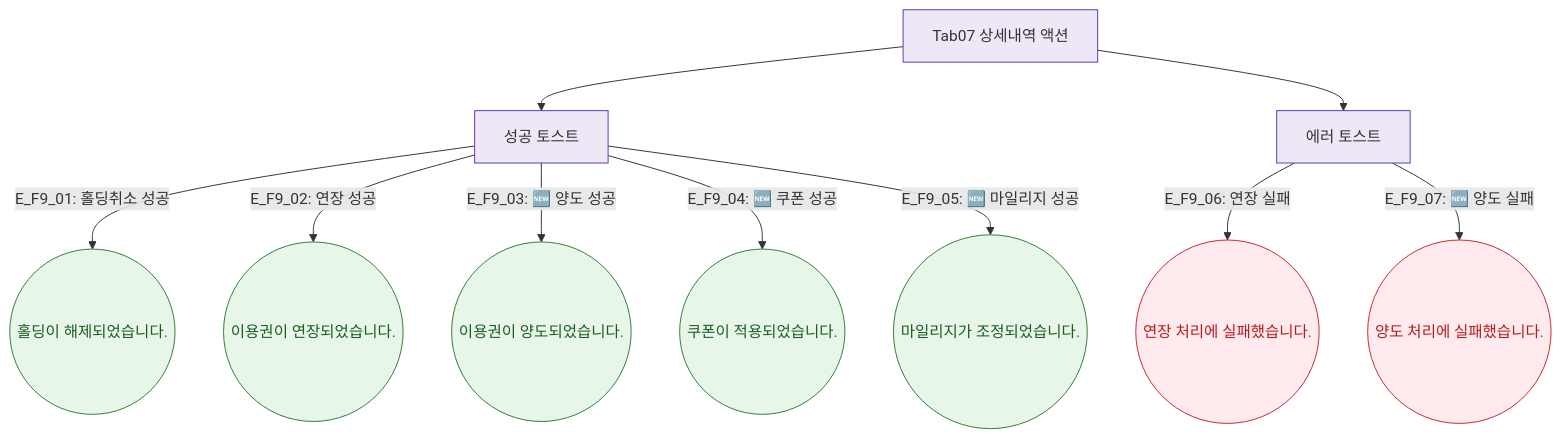
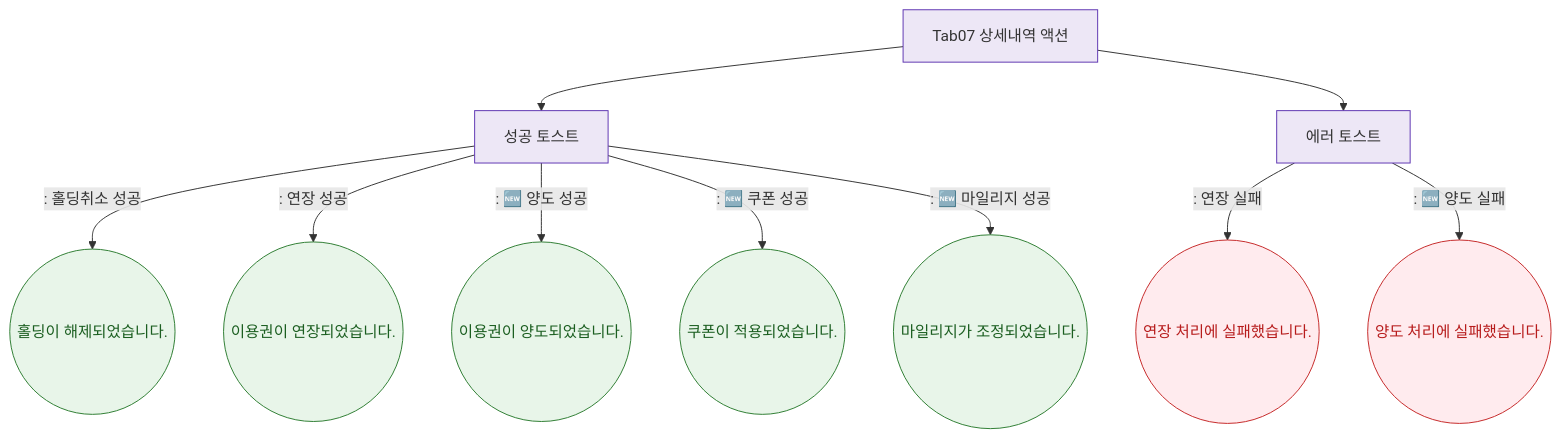
One commit to dev-spogym/admin-pando changed the diagram in docs/다이어그램/D02_회원관리/SCR-M004_회원상세/Tab07_상세내역/F9_토스트.md. Above: the diagram before and after it, drawn with Mermaid. The commit also changed other lines of this file and 1660 other files, not shown here.

First line of the commit message:
다이어그램: 기획자/클라이언트 납품본으로 정리

````diff
--- a/docs/다이어그램/D02_회원관리/SCR-M004_회원상세/Tab07_상세내역/F9_토스트.md
+++ b/docs/다이어그램/D02_회원관리/SCR-M004_회원상세/Tab07_상세내역/F9_토스트.md
@@ -22,21 +20,21 @@
 ```mermaid
 flowchart TD
   ACTIONS[Tab07 상세내역 액션] --> T_OK[성공 토스트]
   ACTIONS --> T_ERR[에러 토스트]
 
-  T_OK -->|"E_F9_01: 홀딩취소 성공"| TS1((홀딩이 해제되었습니다.))
-  T_OK -->|"E_F9_02: 연장 성공"| TS2((이용권이 연장되었습니다.))
-  T_OK -->|"E_F9_03: 🆕 양도 성공"| TS3((이용권이 양도되었습니다.))
-  T_OK -->|"E_F9_04: 🆕 쿠폰 성공"| TS4((쿠폰이 적용되었습니다.))
-  T_OK -->|"E_F9_05: 🆕 마일리지 성공"| TS5((마일리지가 조정되었습니다.))
+  T_OK -->|": 홀딩취소 성공"|TS1((홀딩이 해제되었습니다.))
+  T_OK -->|": 연장 성공"|TS2((이용권이 연장되었습니다.))
+  T_OK -->|": 🆕 양도 성공"|TS3((이용권이 양도되었습니다.))
+  T_OK -->|": 🆕 쿠폰 성공"|TS4((쿠폰이 적용되었습니다.))
+  T_OK -->|": 🆕 마일리지 성공"|TS5((마일리지가 조정되었습니다.))
 
-  T_ERR -->|"E_F9_06: 연장 실패"| TE1((연장 처리에 실패했습니다.))
-  T_ERR -->|"E_F9_07: 🆕 양도 실패"| TE2((양도 처리에 실패했습니다.))
+  T_ERR -->|": 연장 실패"|TE1((연장 처리에 실패했습니다.))
+  T_ERR -->|": 🆕 양도 실패"|TE2((양도 처리에 실패했습니다.))
 
   classDef success fill:#E8F5E9,stroke:#2E7D32,color:#1B5E20
   classDef error fill:#FFEBEE,stroke:#C62828,color:#B71C1C
   classDef system fill:#EDE7F6,stroke:#5E35B2
   class TS1,TS2,TS3,TS4,TS5 success
   class TE1,TE2 error
   class ACTIONS,T_OK,T_ERR system
 ```
````
